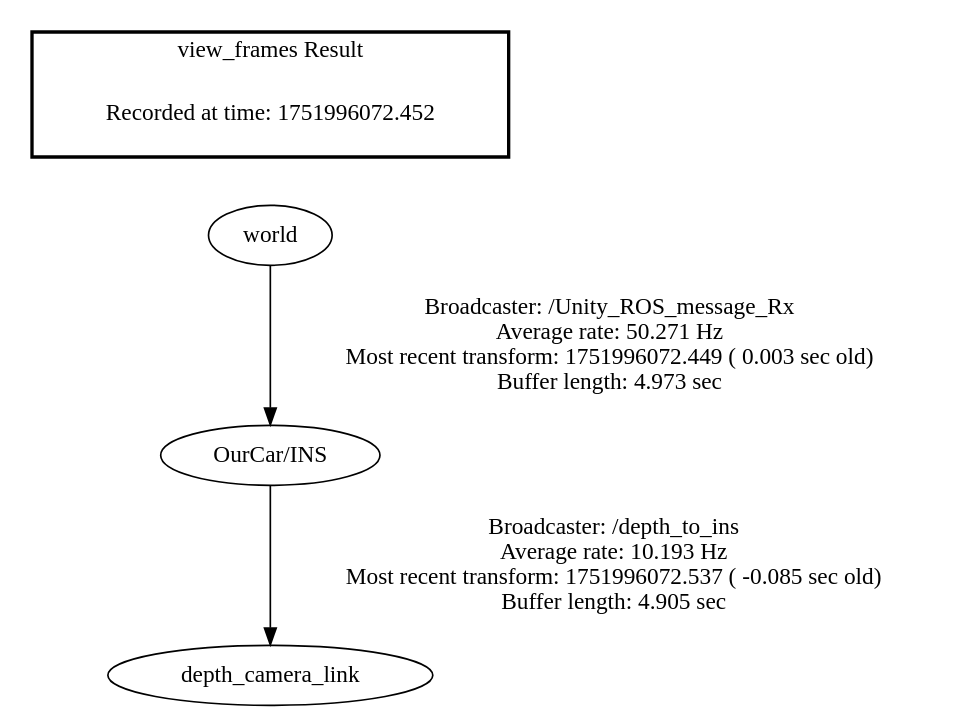
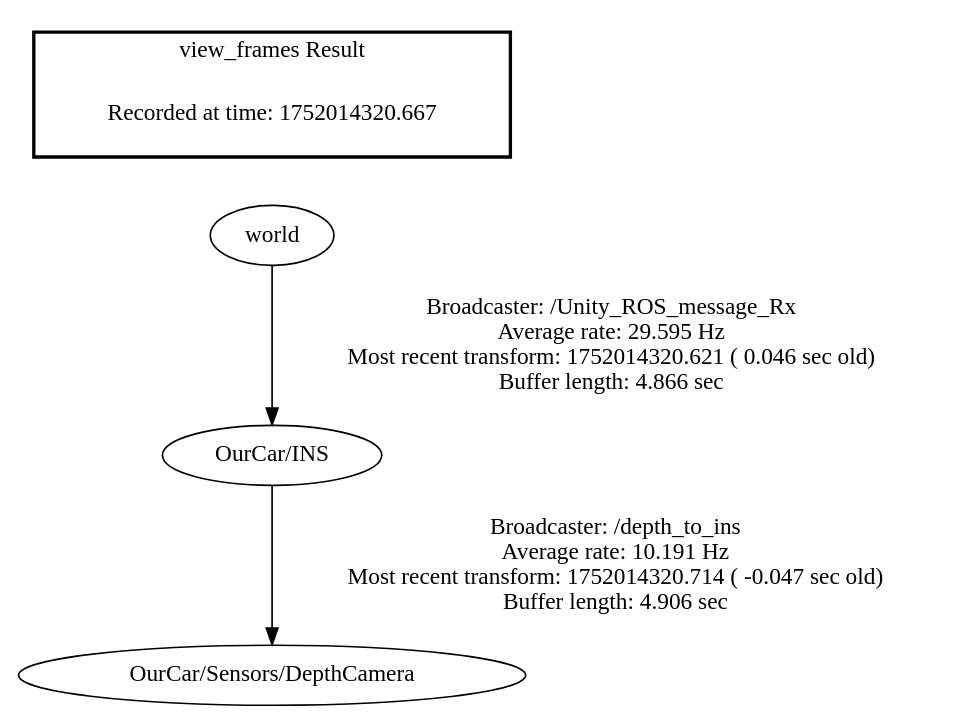
The diagram in frames.gv (ShuaiChen817/Autonomous-Driving-ROS1), drawn with Graphviz before and after one commit. The commit also changed 2332 other files, not shown here.

```diff
--- a/frames.gv
+++ b/frames.gv
@@ -1,8 +1,8 @@
 digraph G {
-"world" -> "OurCar/INS"[label="Broadcaster: /Unity_ROS_message_Rx\nAverage rate: 50.271 Hz\nMost recent transform: 1751996072.449 ( 0.003 sec old)\nBuffer length: 4.973 sec\n"];
-"OurCar/INS" -> "depth_camera_link"[label="Broadcaster: /depth_to_ins\nAverage rate: 10.193 Hz\nMost recent transform: 1751996072.537 ( -0.085 sec old)\nBuffer length: 4.905 sec\n"];
+"OurCar/INS" -> "OurCar/Sensors/DepthCamera"[label="Broadcaster: /depth_to_ins\nAverage rate: 10.191 Hz\nMost recent transform: 1752014320.714 ( -0.047 sec old)\nBuffer length: 4.906 sec\n"];
+"world" -> "OurCar/INS"[label="Broadcaster: /Unity_ROS_message_Rx\nAverage rate: 29.595 Hz\nMost recent transform: 1752014320.621 ( 0.046 sec old)\nBuffer length: 4.866 sec\n"];
 edge [style=invis];
  subgraph cluster_legend { style=bold; color=black; label ="view_frames Result";
-"Recorded at time: 1751996072.452"[ shape=plaintext ] ;
+"Recorded at time: 1752014320.667"[ shape=plaintext ] ;
  }->"world";
 }
```
